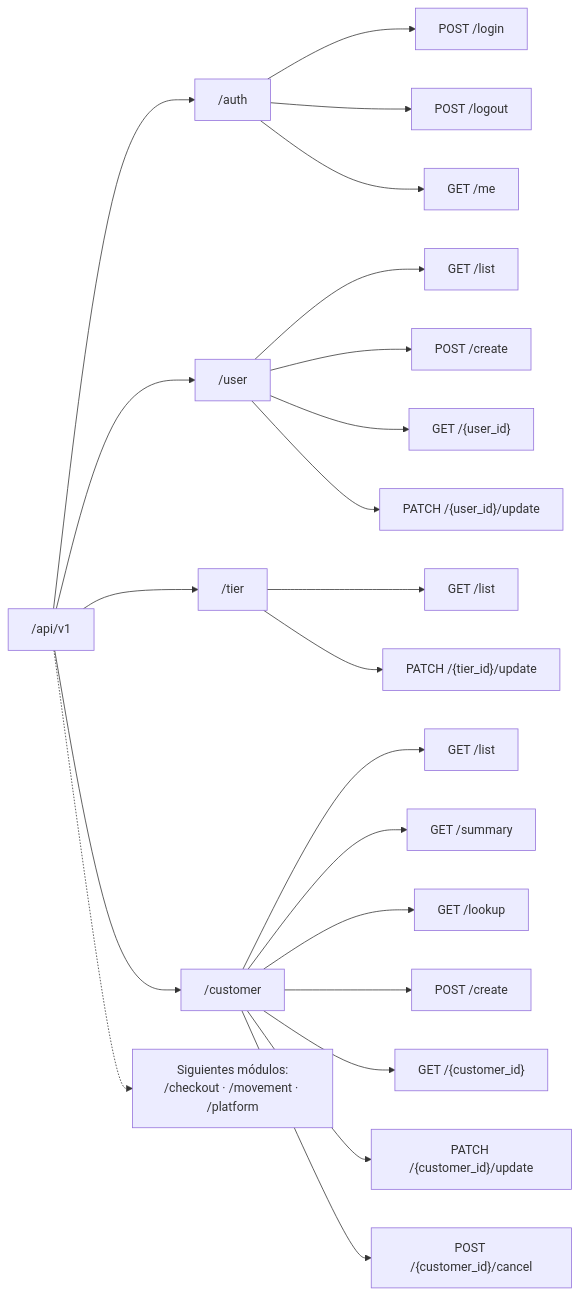
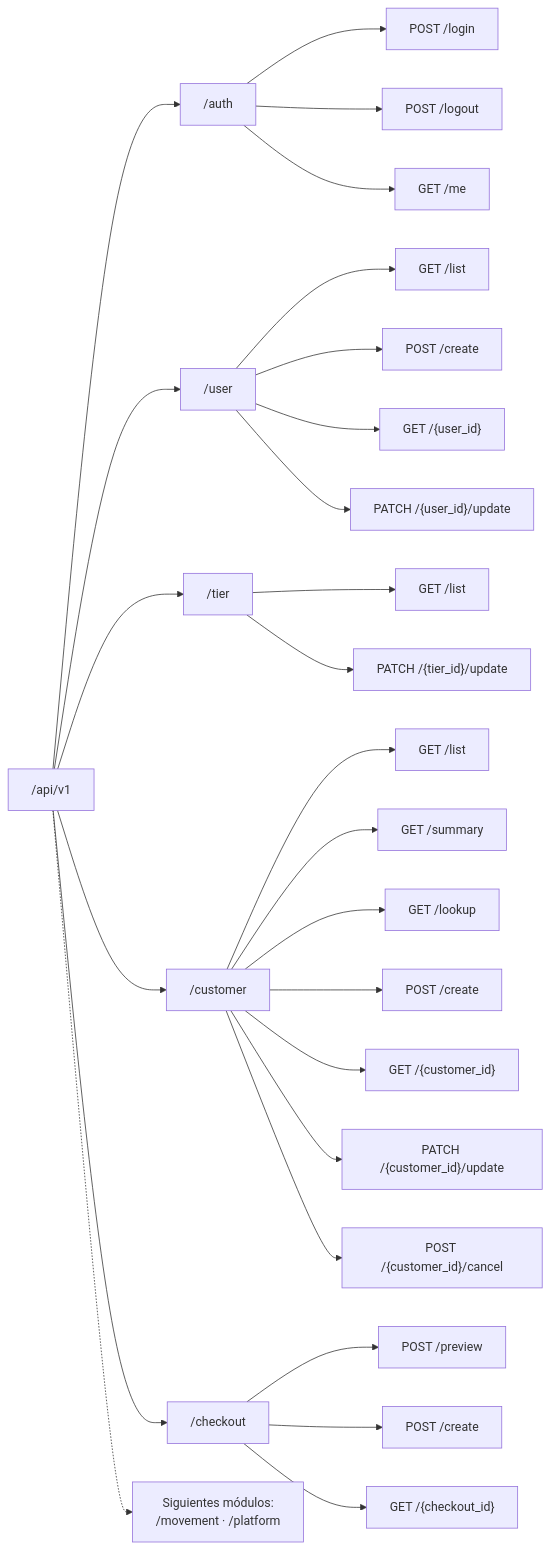
The sixth of 13 diagrams in docs/ARCHITECTURE.md (AGA-Studio/Member-Web), drawn with Mermaid before and after one commit. The commit also changed other lines of this file and 1 other file, not shown here.

````diff
--- a/docs/ARCHITECTURE.md
+++ b/docs/ARCHITECTURE.md
@@ -284,28 +345,33 @@
 ```mermaid
 flowchart LR
     ROOT["/api/v1"] --> AUTH["/auth"]
     ROOT --> USER["/user"]
     ROOT --> TIER["/tier"]
     ROOT --> CUST["/customer"]
-    ROOT -.-> NEXT["Siguientes módulos:<br/>/checkout · /movement · /platform"]
+    ROOT --> CHK["/checkout"]
+    ROOT -.-> NEXT["Siguientes módulos:<br/>/movement · /platform"]
 
     AUTH --> L["POST /login"]
     AUTH --> LO["POST /logout"]
     AUTH --> ME["GET /me"]
 
     USER --> UL["GET /list"]
     USER --> UC["POST /create"]
     USER --> UG["GET /{user_id}"]
     USER --> UU["PATCH /{user_id}/update"]
 
     TIER --> TL["GET /list"]
     TIER --> TU["PATCH /{tier_id}/update"]
 
     CUST --> CL["GET /list"]
     CUST --> CS["GET /summary"]
     CUST --> CK["GET /lookup"]
     CUST --> CC["POST /create"]
     CUST --> CG["GET /{customer_id}"]
     CUST --> CU["PATCH /{customer_id}/update"]
     CUST --> CX["POST /{customer_id}/cancel"]
+
+    CHK --> KP["POST /preview"]
+    CHK --> KC["POST /create"]
+    CHK --> KG["GET /{checkout_id}"]
 ```
````
